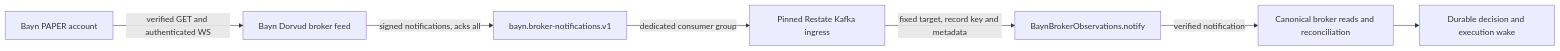
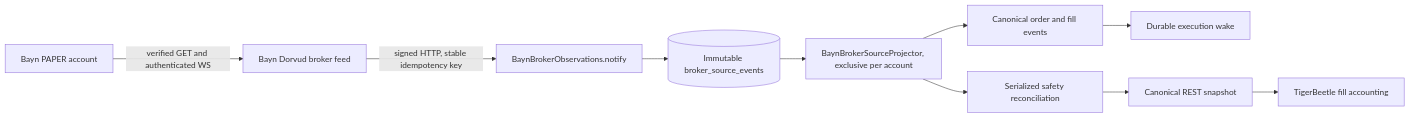
The diagram in argocd/applications/bayn/README.md (proompteng/lab), drawn with Mermaid before and after one commit. The commit also changed other lines of this file and 803 other files, not shown here.

````diff
--- a/argocd/applications/bayn/README.md
+++ b/argocd/applications/bayn/README.md
@@ -29,9 +31,12 @@
 ```mermaid
 flowchart LR
   Alpaca[Bayn PAPER account] -->|verified GET and authenticated WS| Dorvud[Bayn Dorvud broker feed]
-  Dorvud -->|signed notifications, acks all| Kafka[bayn.broker-notifications.v1]
-  Kafka -->|dedicated consumer group| Adapter[Pinned Restate Kafka ingress]
-  Adapter -->|fixed target, record key and metadata| Notify[BaynBrokerObservations.notify]
-  Notify -->|verified notification| Capture[Canonical broker reads and reconciliation]
-  Capture --> Wake[Durable decision and execution wake]
+  Dorvud -->|signed HTTP, stable idempotency key| Notify[BaynBrokerObservations.notify]
+  Notify --> Ledger[(Immutable broker_source_events)]
+  Ledger --> Project[BaynBrokerSourceProjector, exclusive per account]
+  Project --> Order[Canonical order and fill events]
+  Order --> Wake[Durable execution wake]
+  Project --> Reconcile[Serialized safety reconciliation]
+  Reconcile --> Snapshot[Canonical REST snapshot]
+  Snapshot --> Accounting[TigerBeetle fill accounting]
 ```
````
